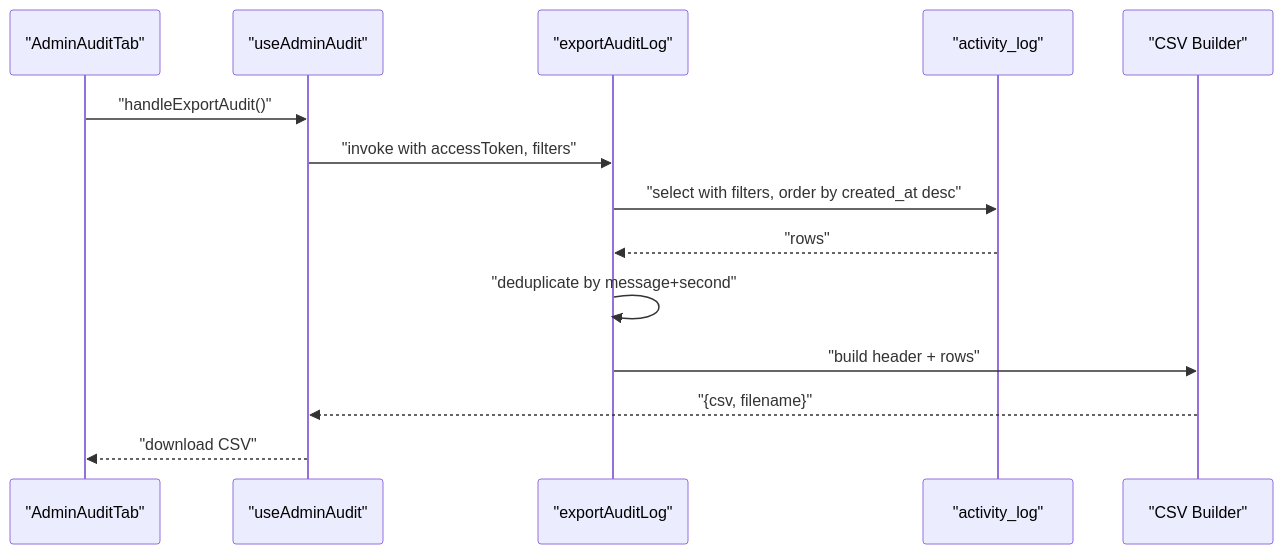
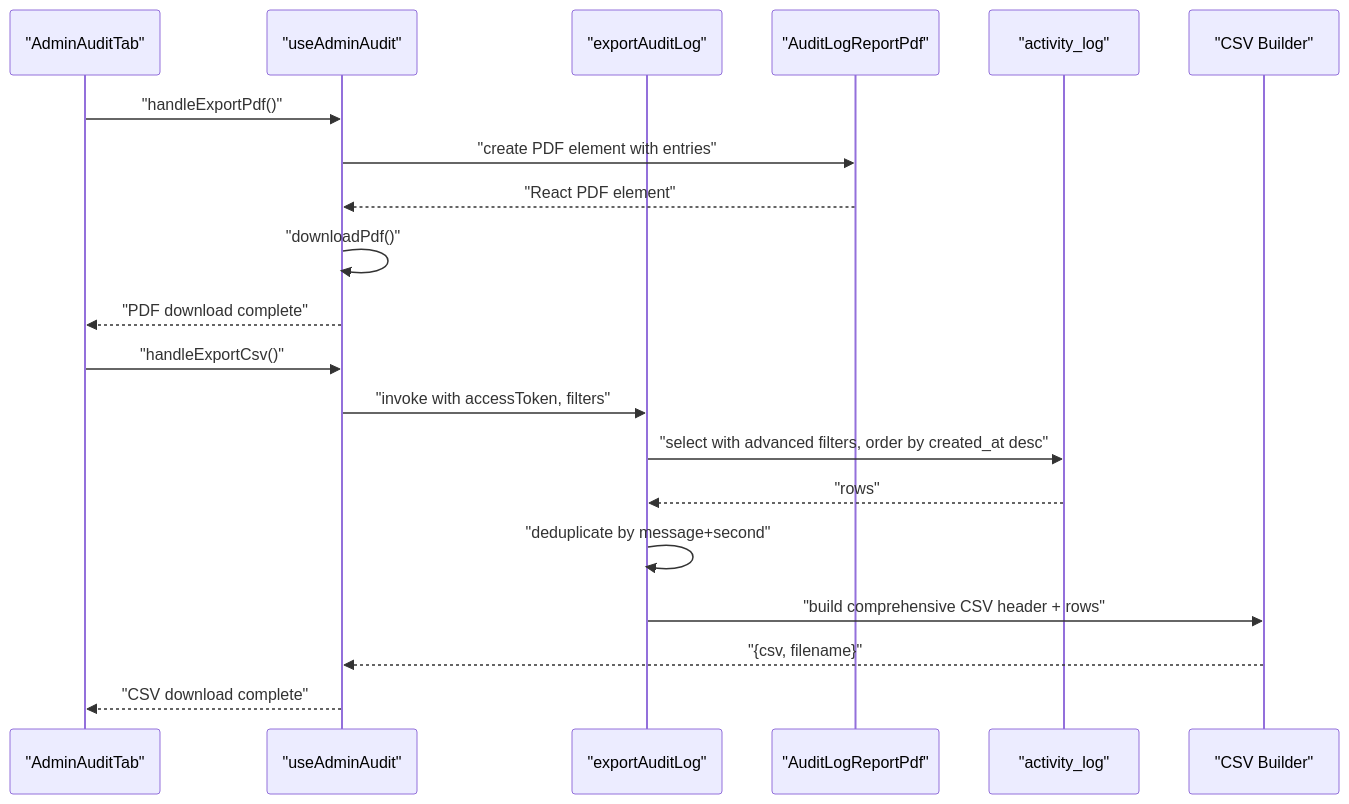
Before and after one commit to gastaldellomarco/pcReady: the fifth of 12 diagrams in .qoder/repowiki/en/content/Administrative Features/Audit Logging System.md, drawn with Mermaid. The commit also changed other lines of this file and 4 other files, not shown here.

First line of the commit message:
feat(audit): revamp audit logging system with dual views, real-time KPIs, and export features

````diff
--- a/.qoder/repowiki/en/content/Administrative Features/Audit Logging System.md
+++ b/.qoder/repowiki/en/content/Administrative Features/Audit Logging System.md
@@ -245,16 +280,22 @@
 ```mermaid
 sequenceDiagram
 participant Admin as "AdminAuditTab"
 participant Hook as "useAdminAudit"
 participant Export as "exportAuditLog"
+participant PDF as "AuditLogReportPdf"
 participant DB as "activity_log"
 participant CSV as "CSV Builder"
-Admin->>Hook : "handleExportAudit()"
+Admin->>Hook : "handleExportPdf()"
+Hook->>PDF : "create PDF element with entries"
+PDF-->>Hook : "React PDF element"
+Hook->>Hook : "downloadPdf()"
+Hook-->>Admin : "PDF download complete"
+Admin->>Hook : "handleExportCsv()"
 Hook->>Export : "invoke with accessToken, filters"
-Export->>DB : "select with filters, order by created_at desc"
+Export->>DB : "select with advanced filters, order by created_at desc"
 DB-->>Export : "rows"
 Export->>Export : "deduplicate by message+second"
-Export->>CSV : "build header + rows"
+Export->>CSV : "build comprehensive CSV header + rows"
 CSV-->>Hook : "{csv, filename}"
-Hook-->>Admin : "download CSV"
+Hook-->>Admin : "CSV download complete"
 ```
````
